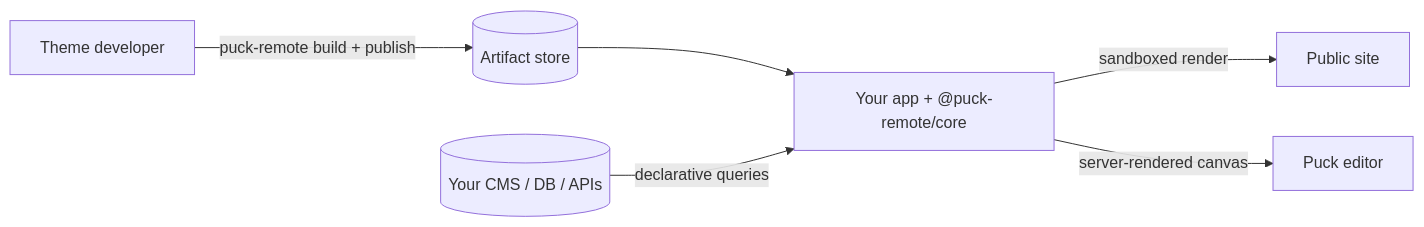
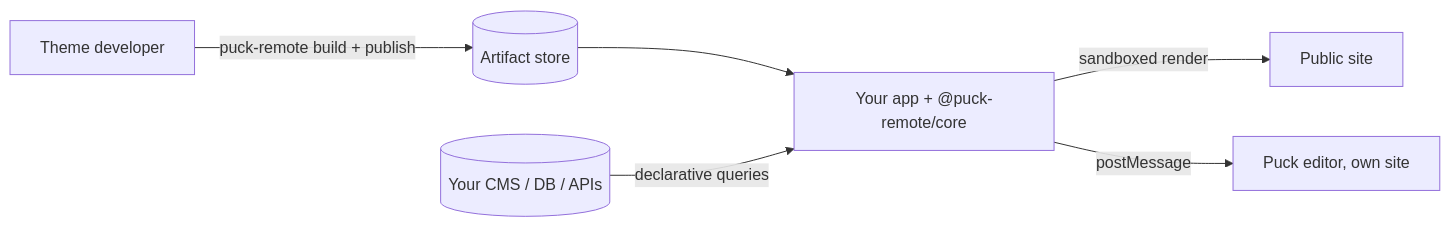
One commit to 0ctanium/puckremote changed the diagram in apps/docs/content/docs/(framework)/index.mdx. Above: the diagram before and after it, drawn with Mermaid. The commit also changed other lines of this file and 184 other files, not shown here.

````diff
--- a/apps/docs/content/docs/(framework)/index.mdx
+++ b/apps/docs/content/docs/(framework)/index.mdx
@@ -12,8 +12,8 @@
 ```mermaid
 graph LR
   Dev[Theme developer] -->|puck-remote build + publish| Store[(Artifact store)]
   Store --> Host[Your app + @puck-remote/core]
   Host -->|sandboxed render| Site[Public site]
-  Host -->|server-rendered canvas| Editor[Puck editor]
+  Host -->|postMessage| Editor[Puck editor, own site]
   Data[(Your CMS / DB / APIs)] -->|declarative queries| Host
 ```
````
